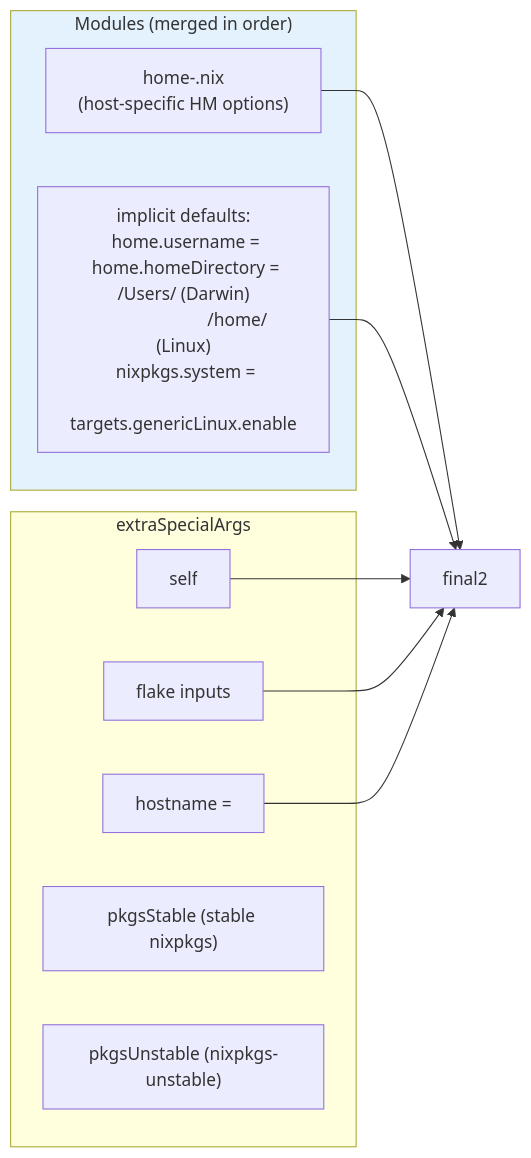
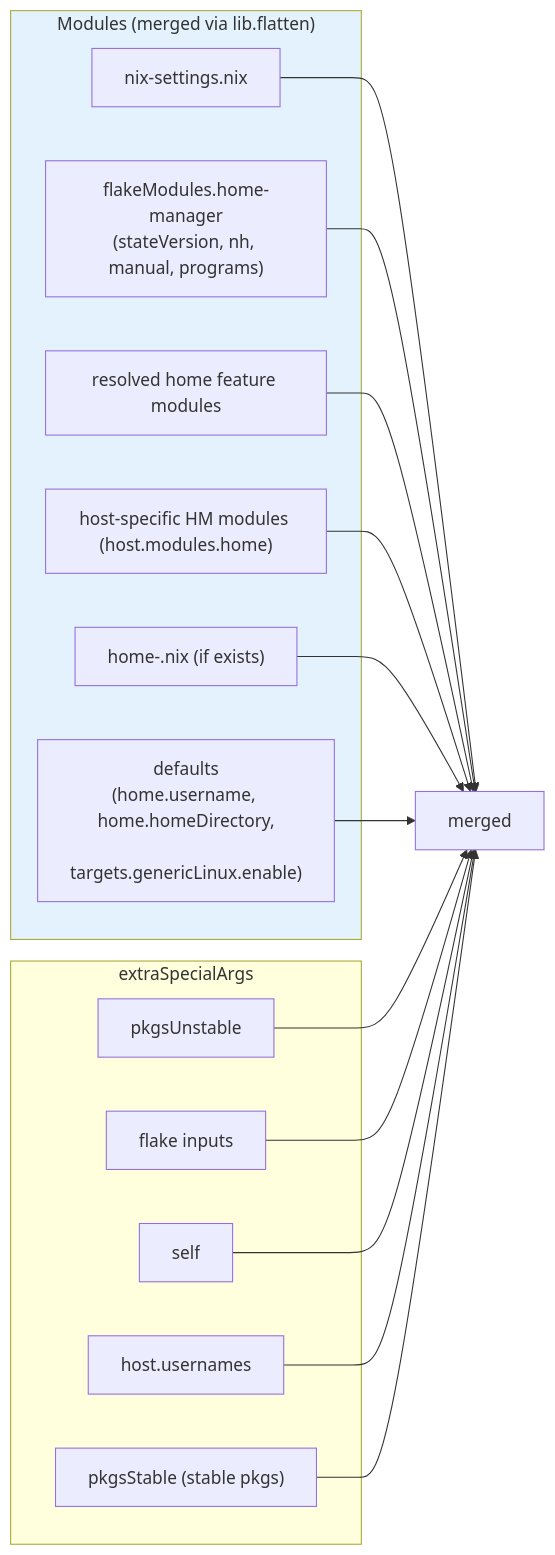
Before and after one commit to WombatFromHell/automatic-palm-tree: the sixth of 8 diagrams in DESIGN.md, drawn with Mermaid. The commit also changed other lines of this file and 1 other file, not shown here.

````diff
--- a/DESIGN.md
+++ b/DESIGN.md
@@ -183,20 +220,30 @@
 ```mermaid
 flowchart LR
-    subgraph M2["Modules (merged in order)"]
-        homeHost["home-<user>.nix\n(host-specific HM options)"]
-        defaults["implicit defaults:\n  home.username = <user>\n  home.homeDirectory = /Users/<user> (Darwin)\n                         /home/<user> (Linux)\n  nixpkgs.system = <system>\n  targets.genericLinux.enable"]
+    subgraph M["Modules (merged via lib.flatten)"]
+        nixSet["nix-settings.nix"]
+        hmMod["flakeModules.home-manager\n(stateVersion, nh, manual, programs)"]
+        featMod["resolved home feature modules"]
+        hostMod["host-specific HM modules (host.modules.home)"]
+        userMod["home-<user>.nix (if exists)"]
+        defaults["defaults\n(home.username, home.homeDirectory,\n targets.genericLinux.enable)"]
     end
-    subgraph SA2["extraSpecialArgs"]
-        self2["self"]
-        inputs2["flake inputs"]
-        hostname2["hostname = <host>"]
-        pkgsStable2["pkgsStable (stable nixpkgs)"]
-        pkgsUnstable2["pkgsUnstable (nixpkgs-unstable)"]
+    subgraph EA["extraSpecialArgs"]
+        pkgsUnstable["pkgsUnstable"]
+        inputs["flake inputs"]
+        self["self"]
+        usernames["host.usernames"]
+        pkgsStable["pkgsStable (stable pkgs)"]
     end
-    homeHost --> final2
-    defaults --> final2
-    self2 --> final2
-    inputs2 --> final2
-    hostname2 --> final2
-    style M2 fill:#e3f2fd
+    nixSet --> merged
+    hmMod --> merged
+    featMod --> merged
+    hostMod --> merged
+    userMod --> merged
+    defaults --> merged
+    pkgsUnstable --> merged
+    inputs --> merged
+    self --> merged
+    usernames --> merged
+    pkgsStable --> merged
+    style M fill:#e3f2fd
 ```
````
